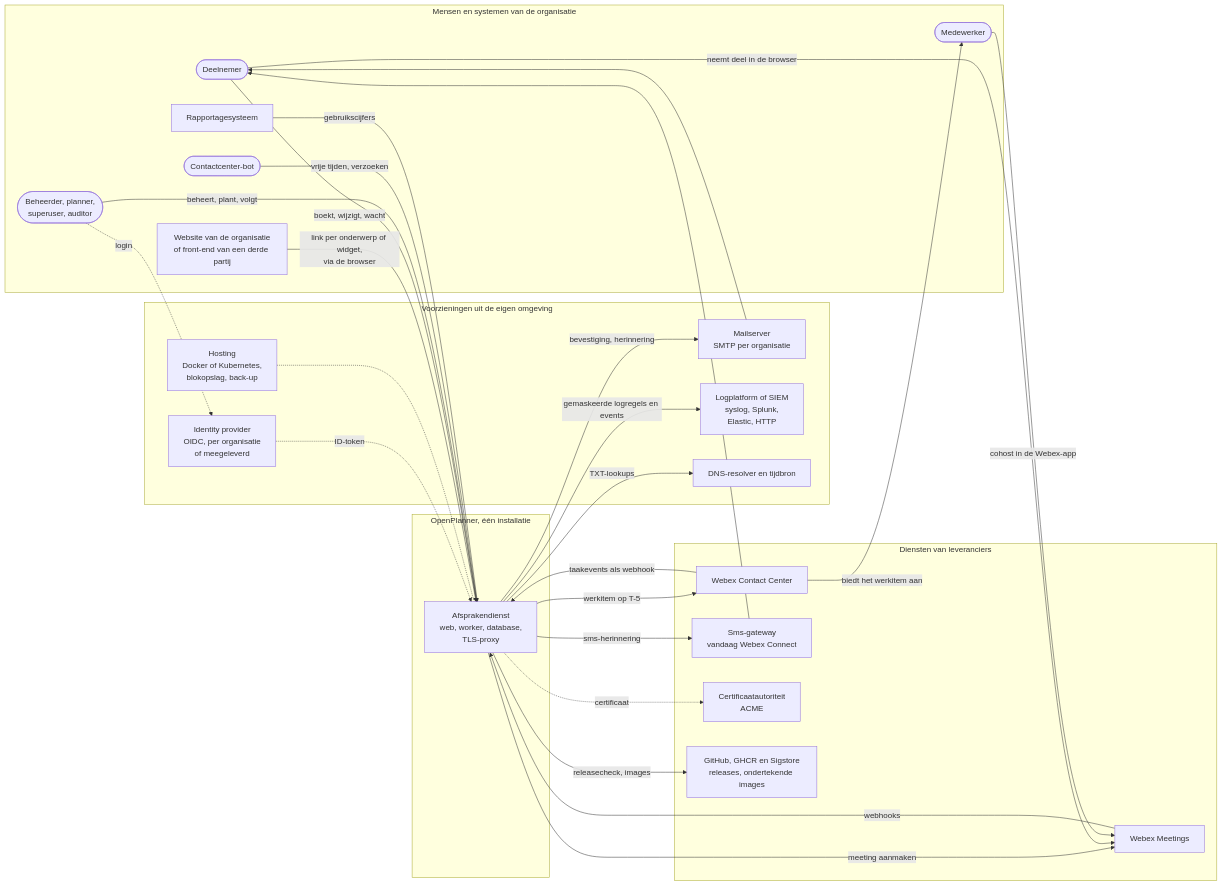
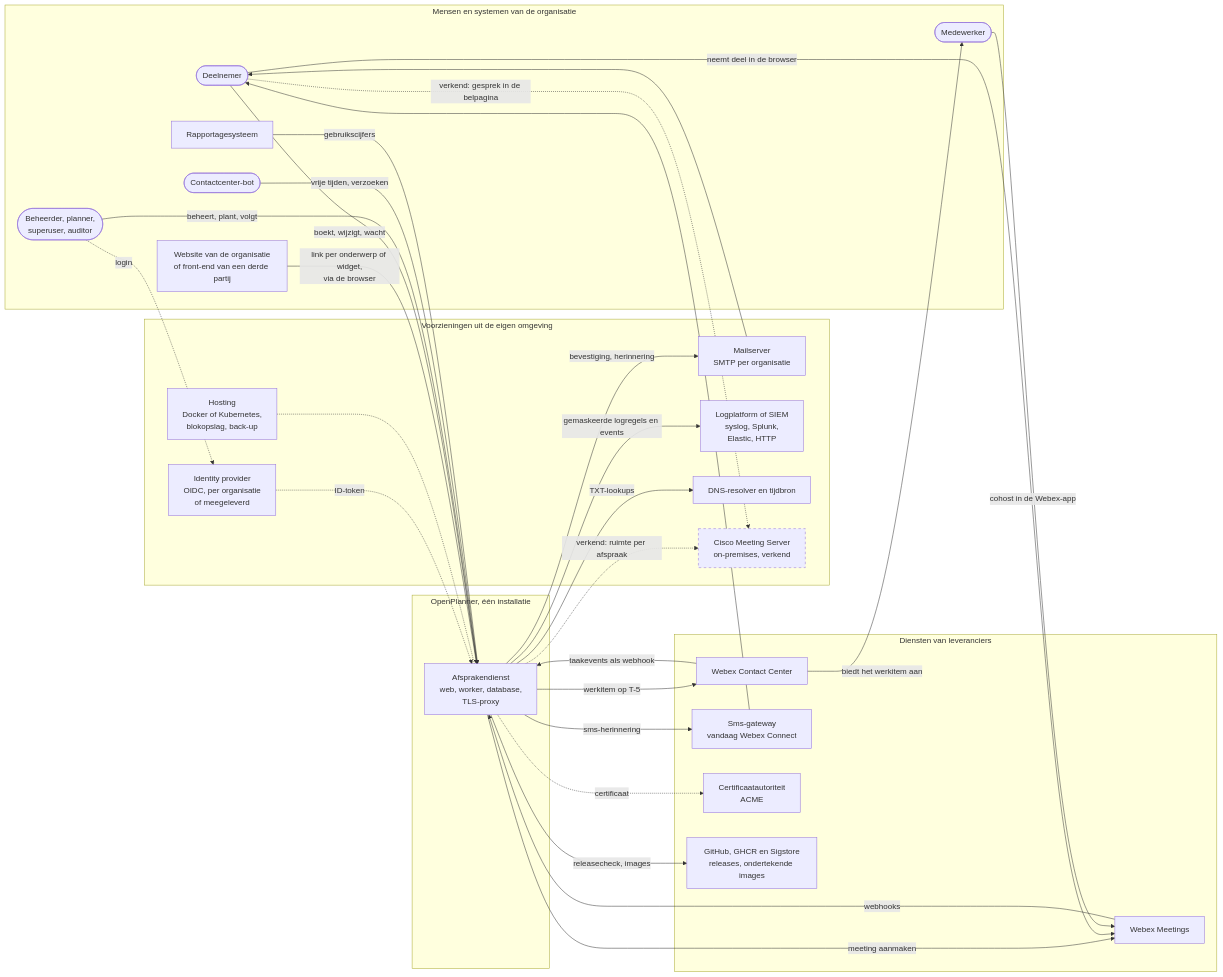
One commit to 3Corners-Labs/OpenPlanner changed the first of 9 diagrams in docs/applicatie-architectuur.md. Above: the diagram before and after it, drawn with Mermaid. The commit also changed other lines of this file, not shown here.

First line of the commit message:
docs: Cisco Meeting Server, explored, on the system context and in R-11

````diff
--- a/docs/applicatie-architectuur.md
+++ b/docs/applicatie-architectuur.md
@@ -304,53 +305,58 @@
 ```mermaid
 flowchart LR
     subgraph mensen [Mensen en systemen van de organisatie]
         deelnemer([Deelnemer])
         website[Website van de organisatie<br/>of front-end van een derde partij]
         beheerder([Beheerder, planner,<br/>superuser, auditor])
         agent([Medewerker])
         bot([Contactcenter-bot])
         rap[Rapportagesysteem]
     end
 
     subgraph op [OpenPlanner, één installatie]
         dienst[Afsprakendienst<br/>web, worker, database,<br/>TLS-proxy]
     end
 
     subgraph eigen [Voorzieningen uit de eigen omgeving]
         idp[Identity provider<br/>OIDC, per organisatie<br/>of meegeleverd]
         mail[Mailserver<br/>SMTP per organisatie]
         logs[Logplatform of SIEM<br/>syslog, Splunk,<br/>Elastic, HTTP]
         dns[DNS-resolver en tijdbron]
         hosting[Hosting<br/>Docker of Kubernetes,<br/>blokopslag, back-up]
+        cms[Cisco Meeting Server<br/>on-premises, verkend]
     end
 
     subgraph leverancier [Diensten van leveranciers]
         video[Webex Meetings]
         cc[Webex Contact Center]
         sms[Sms-gateway<br/>vandaag Webex Connect]
         acme[Certificaatautoriteit<br/>ACME]
         gh[GitHub, GHCR en Sigstore<br/>releases, ondertekende images]
     end
 
     website -- "link per onderwerp of widget,<br/>via de browser" --> dienst
     deelnemer -- "boekt, wijzigt, wacht" --> dienst
     beheerder -- "beheert, plant, volgt" --> dienst
     bot -- "vrije tijden, verzoeken" --> dienst
     rap -- "gebruikscijfers" --> dienst
     dienst -- "bevestiging, herinnering" --> mail --> deelnemer
     dienst -- "sms-herinnering" --> sms --> deelnemer
     dienst -- "meeting aanmaken" --> video
     video -- "webhooks" --> dienst
     dienst -- "werkitem op T-5" --> cc
     cc -- "taakevents als webhook" --> dienst
     cc -- "biedt het werkitem aan" --> agent
     deelnemer -- "neemt deel in de browser" --> video
     agent -- "cohost in de Webex-app" --> video
     beheerder -. "login" .-> idp
     idp -. "ID-token" .-> dienst
     dienst -- "gemaskeerde logregels en events" --> logs
     dienst -- "TXT-lookups" --> dns
     dienst -- "releasecheck, images" --> gh
     dienst -. "certificaat" .-> acme
     hosting -.- dienst
+    dienst -. "verkend: ruimte per afspraak" .-> cms
+    deelnemer -. "verkend: gesprek in de belpagina" .-> cms
+    classDef verkend stroke-dasharray: 5 5
+    class cms verkend
 ```
````
